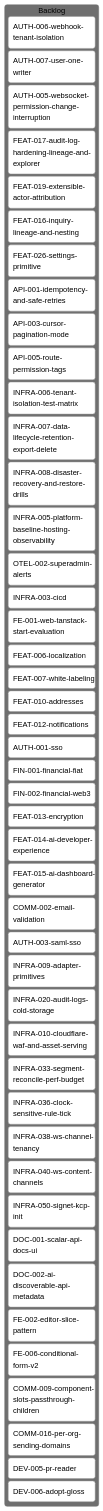
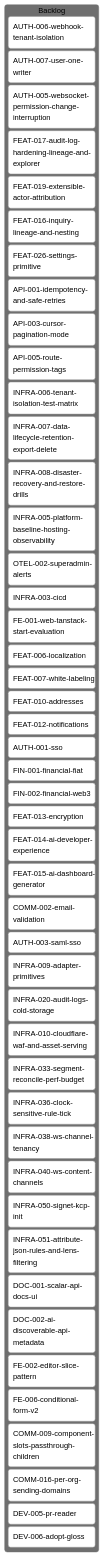
The diagram in tickets/kanban-backlog.md (inixiative/template), drawn with Mermaid (neutral theme) before and after one commit. The commit also changed other lines of this file and 29 other files, not shown here.

````diff
--- a/tickets/kanban-backlog.md
+++ b/tickets/kanban-backlog.md
@@ -3,54 +3,55 @@
 ```mermaid
 ---
 config:
   kanban:
     ticketBaseUrl: 'https://github.com/yourorg/template/blob/main/tickets/#TICKET#'
 ---
 kanban
   Backlog
     AUTH-006-webhook-tenant-isolation
     AUTH-007-user-one-writer
     AUTH-005-websocket-permission-change-interruption
     FEAT-017-audit-log-hardening-lineage-and-explorer
     FEAT-019-extensible-actor-attribution
     FEAT-016-inquiry-lineage-and-nesting
     FEAT-026-settings-primitive
     API-001-idempotency-and-safe-retries
     API-003-cursor-pagination-mode
     API-005-route-permission-tags
     INFRA-006-tenant-isolation-test-matrix
     INFRA-007-data-lifecycle-retention-export-delete
     INFRA-008-disaster-recovery-and-restore-drills
     INFRA-005-platform-baseline-hosting-observability
     OTEL-002-superadmin-alerts
     INFRA-003-cicd
     FE-001-web-tanstack-start-evaluation
     FEAT-006-localization
     FEAT-007-white-labeling
     FEAT-010-addresses
     FEAT-012-notifications
     AUTH-001-sso
     FIN-001-financial-fiat
     FIN-002-financial-web3
     FEAT-013-encryption
     FEAT-014-ai-developer-experience
     FEAT-015-ai-dashboard-generator
     COMM-002-email-validation
     AUTH-003-saml-sso
     INFRA-009-adapter-primitives
     INFRA-020-audit-logs-cold-storage
     INFRA-010-cloudflare-waf-and-asset-serving
     INFRA-033-segment-reconcile-perf-budget
     INFRA-036-clock-sensitive-rule-tick
     INFRA-038-ws-channel-tenancy
     INFRA-040-ws-content-channels
     INFRA-050-signet-kcp-init
+    INFRA-051-attribute-json-rules-and-lens-filtering
     DOC-001-scalar-api-docs-ui
     DOC-002-ai-discoverable-api-metadata
     FE-002-editor-slice-pattern
     FE-006-conditional-form-v2
     COMM-009-component-slots-passthrough-children
     COMM-016-per-org-sending-domains
     DEV-005-pr-reader
     DEV-006-adopt-gloss
 ```
````
